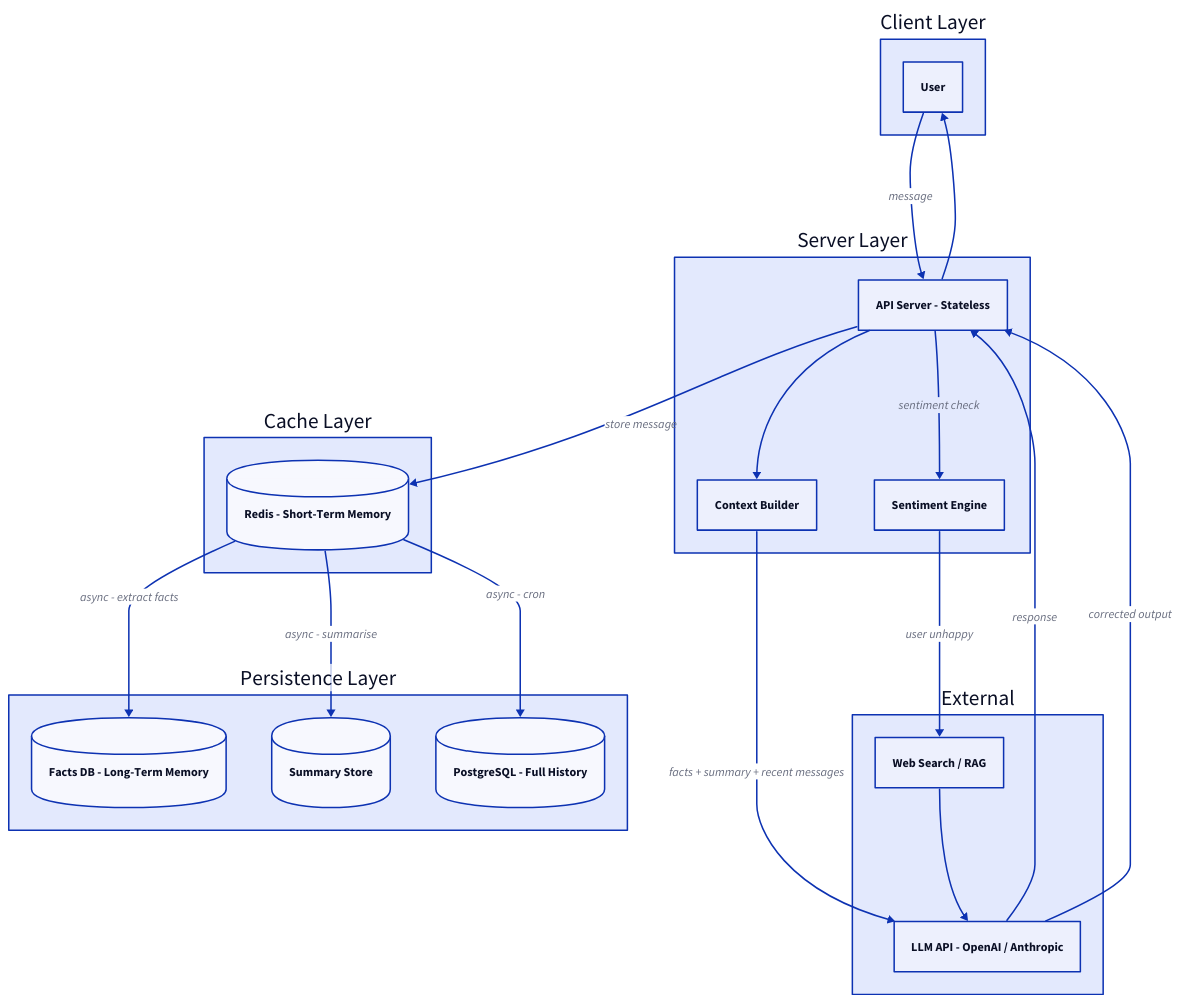
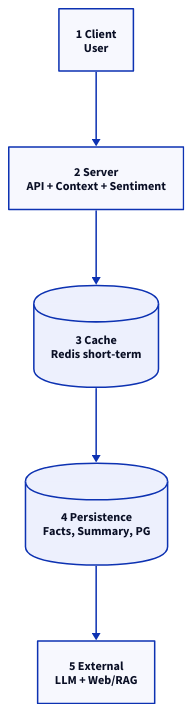
The sixth of 6 diagrams in src/content/blog/context-management-window.md (g-savitha/gsavitha.in), drawn with D2 before and after one commit. The commit also changed other lines of this file and 11 other files, not shown here.

````diff
--- a/src/content/blog/context-management-window.md
+++ b/src/content/blog/context-management-window.md
@@ -274,36 +264,9 @@
 ```d2
 direction: down
-clientLayer: "Client Layer" {
-  User: User {class: success}
-}
-serverLayer: "Server Layer" {
-  API: "API Server - Stateless" {class: primary}
-  ContextBuilder: "Context Builder" {class: warning}
-  SentimentEngine: "Sentiment Engine" {class: danger}
-}
-cacheLayer: "Cache Layer" {
-  Redis: "Redis - Short-Term Memory" {shape: cylinder; class: info}
-}
-persistenceLayer: "Persistence Layer" {
-  FactsDB: "Facts DB - Long-Term Memory" {shape: cylinder; class: secondary}
-  SummaryDB: "Summary Store" {shape: cylinder; class: secondary}
-  PostgreSQL: "PostgreSQL - Full History" {shape: cylinder; class: secondary}
-}
-externalLayer: External {
-  LLM: "LLM API - OpenAI / Anthropic" {class: accent}
-  Web: "Web Search / RAG" {class: accent}
-}
-clientLayer.User -> serverLayer.API: message
-serverLayer.API -> serverLayer.ContextBuilder
-serverLayer.ContextBuilder -> externalLayer.LLM: "facts + summary + recent messages"
-externalLayer.LLM -> serverLayer.API: response
-serverLayer.API -> cacheLayer.Redis: "store message"
-cacheLayer.Redis -> persistenceLayer.PostgreSQL: "async - cron"
-cacheLayer.Redis -> persistenceLayer.FactsDB: "async - extract facts"
-cacheLayer.Redis -> persistenceLayer.SummaryDB: "async - summarise"
-serverLayer.API -> serverLayer.SentimentEngine: "sentiment check"
-serverLayer.SentimentEngine -> externalLayer.Web: "user unhappy"
-externalLayer.Web -> externalLayer.LLM
-externalLayer.LLM -> serverLayer.API: "corrected output"
-serverLayer.API -> clientLayer.User
+L1: "1 Client\nUser" {class: success}
+L2: "2 Server\nAPI + Context + Sentiment" {class: primary}
+L3: "3 Cache\nRedis short-term" {shape: cylinder; class: info}
+L4: "4 Persistence\nFacts, Summary, PG" {shape: cylinder; class: secondary}
+L5: "5 External\nLLM + Web/RAG" {class: accent}
+L1 -> L2 -> L3 -> L4 -> L5
 ```
````
